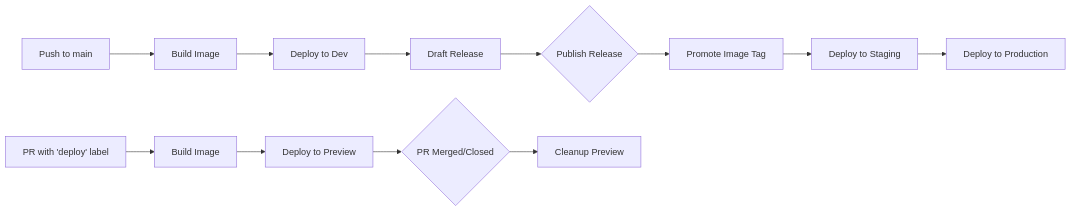
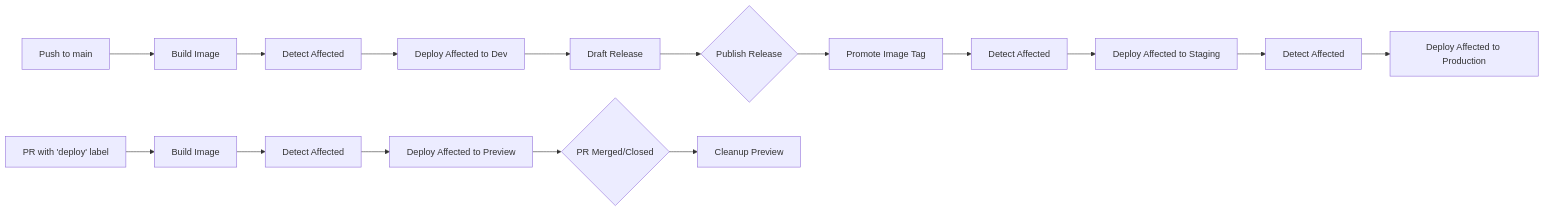
One commit to cloudposse-examples/atmos-native-ci-advanced changed the fifth of 5 diagrams in .github/workflows/README.md. Above: the diagram before and after it, drawn with Mermaid. The commit also changed other lines of this file and 15 other files, not shown here.

````diff
--- a/.github/workflows/README.md
+++ b/.github/workflows/README.md
@@ -92,15 +137,19 @@
 ```mermaid
 graph LR
     A[Push to main] --> B[Build Image]
-    B --> C[Deploy to Dev]
-    C --> D[Draft Release]
-    D --> E{Publish Release}
-    E --> F[Promote Image Tag]
-    F --> G[Deploy to Staging]
-    G --> H[Deploy to Production]
+    B --> C[Detect Affected]
+    C --> D[Deploy Affected to Dev]
+    D --> E[Draft Release]
+    E --> F{Publish Release}
+    F --> G[Promote Image Tag]
+    G --> H[Detect Affected]
+    H --> I[Deploy Affected to Staging]
+    I --> J[Detect Affected]
+    J --> K[Deploy Affected to Production]
 
-    I[PR with 'deploy' label] --> J[Build Image]
-    J --> K[Deploy to Preview]
-    K --> L{PR Merged/Closed}
-    L --> M[Cleanup Preview]
+    L[PR with 'deploy' label] --> M[Build Image]
+    M --> N[Detect Affected]
+    N --> O[Deploy Affected to Preview]
+    O --> P{PR Merged/Closed}
+    P --> Q[Cleanup Preview]
 ```
````
